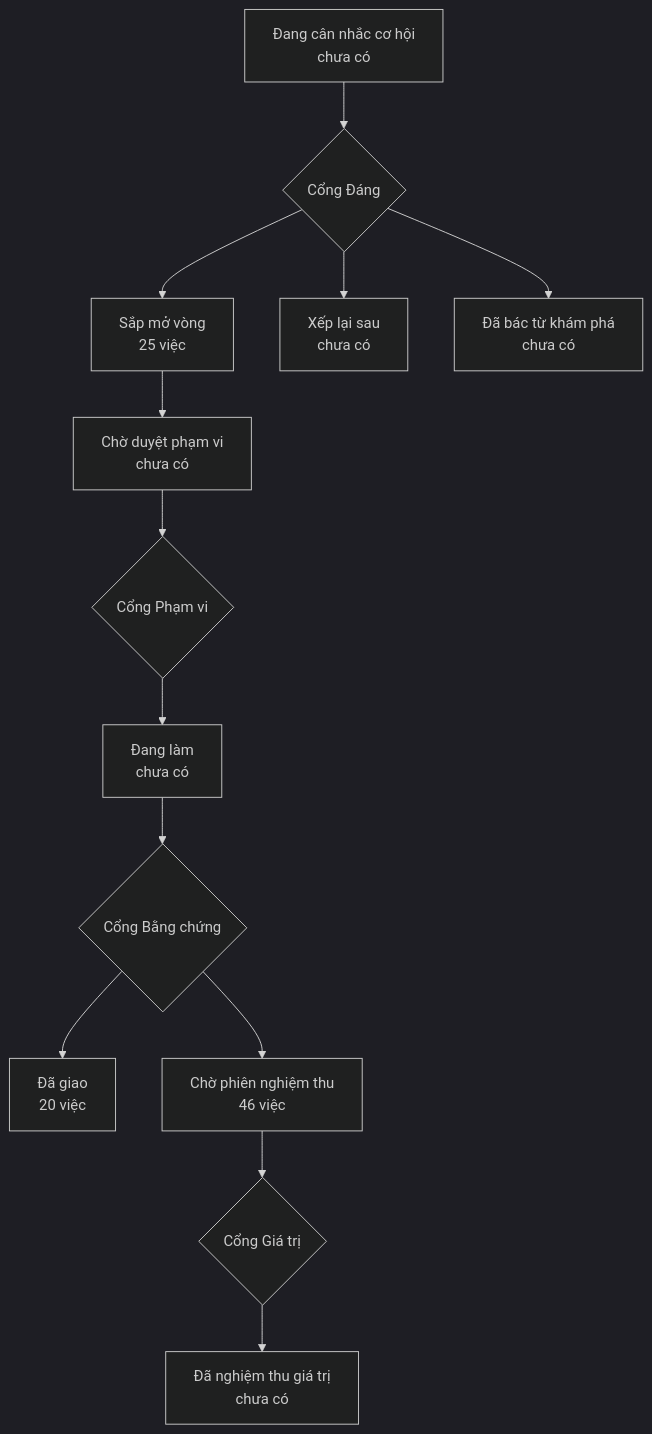
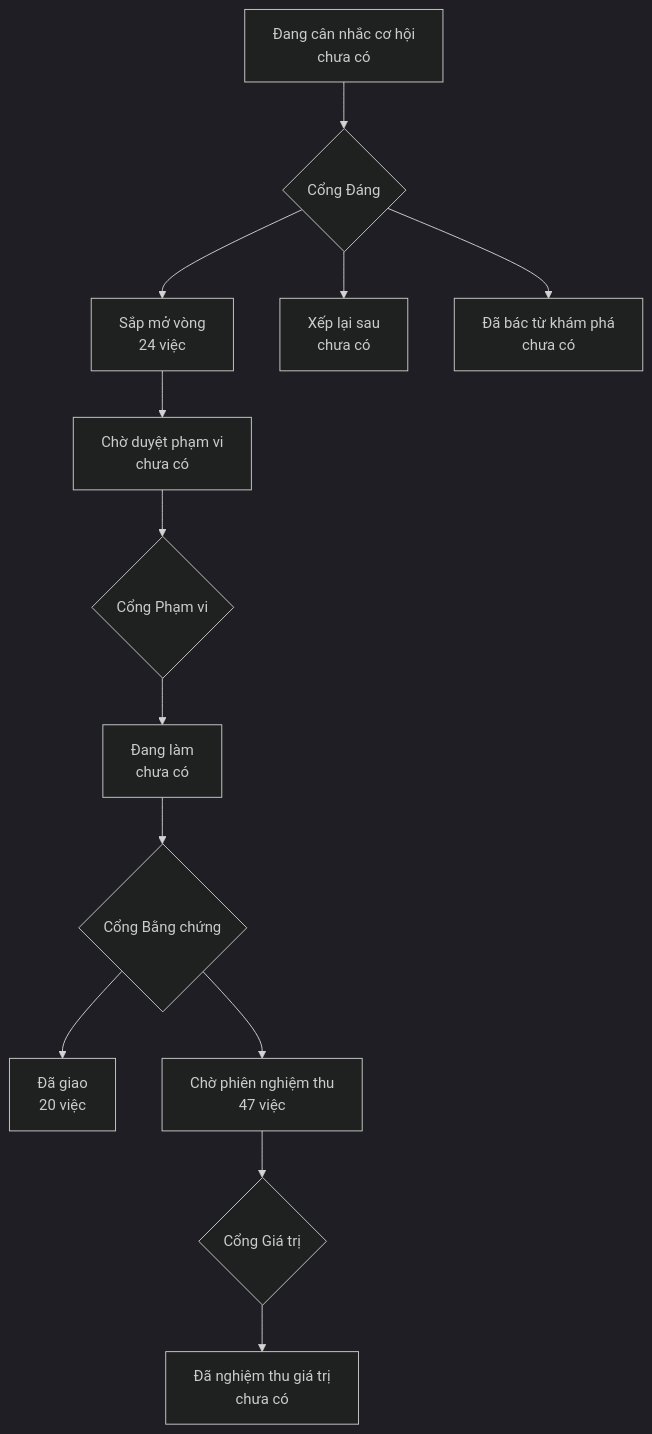
Before and after one commit to phanlemanh/onehub-quy-hang: the diagram in PRODUCT-MAP.md, drawn with Mermaid (dark theme). The commit also changed 1 other file, not shown here.

Commit message:
chore: vẽ lại bản đồ sản phẩm và lộ trình sau khi gộp main

````diff
--- a/PRODUCT-MAP.md
+++ b/PRODUCT-MAP.md
@@ -7,12 +7,12 @@
 ```mermaid
 flowchart TD
   A["Đang cân nhắc cơ hội<br/>chưa có"] --> GD{"Cổng Đáng"}
-  GD --> B["Sắp mở vòng<br/>25 việc"]
+  GD --> B["Sắp mở vòng<br/>24 việc"]
   GD --> XL["Xếp lại sau<br/>chưa có"]
   GD --> DB["Đã bác từ khám phá<br/>chưa có"]
   B --> CD["Chờ duyệt phạm vi<br/>chưa có"] --> GP{"Cổng Phạm vi"}
   GP --> DL["Đang làm<br/>chưa có"] --> GB{"Cổng Bằng chứng"}
   GB --> DG["Đã giao<br/>20 việc"]
-  GB --> CN["Chờ phiên nghiệm thu<br/>46 việc"] --> GG{"Cổng Giá trị"}
+  GB --> CN["Chờ phiên nghiệm thu<br/>47 việc"] --> GG{"Cổng Giá trị"}
   GG --> NT["Đã nghiệm thu giá trị<br/>chưa có"]
 ```
````
